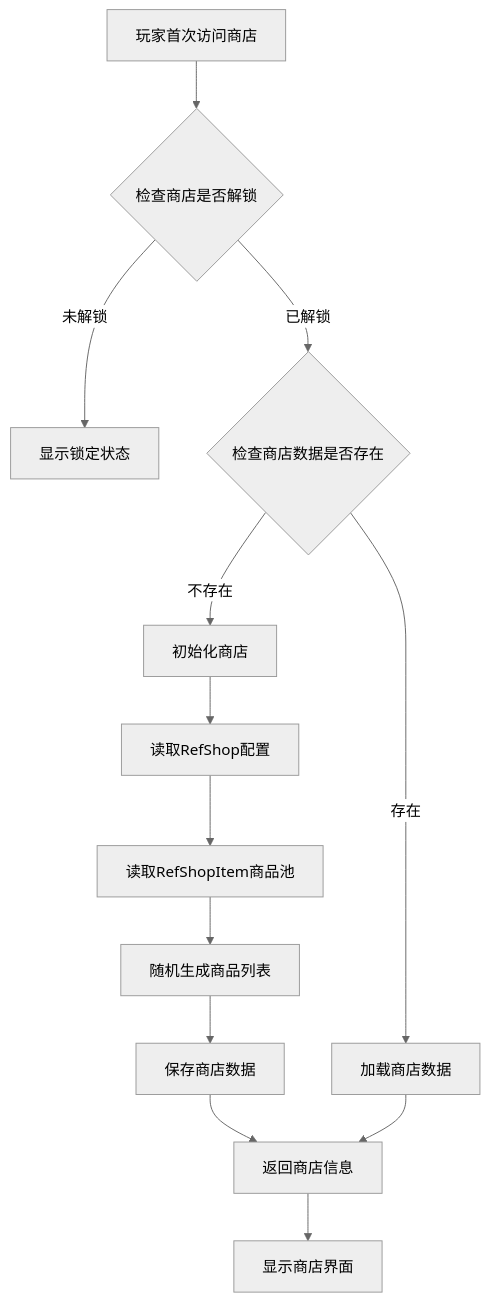
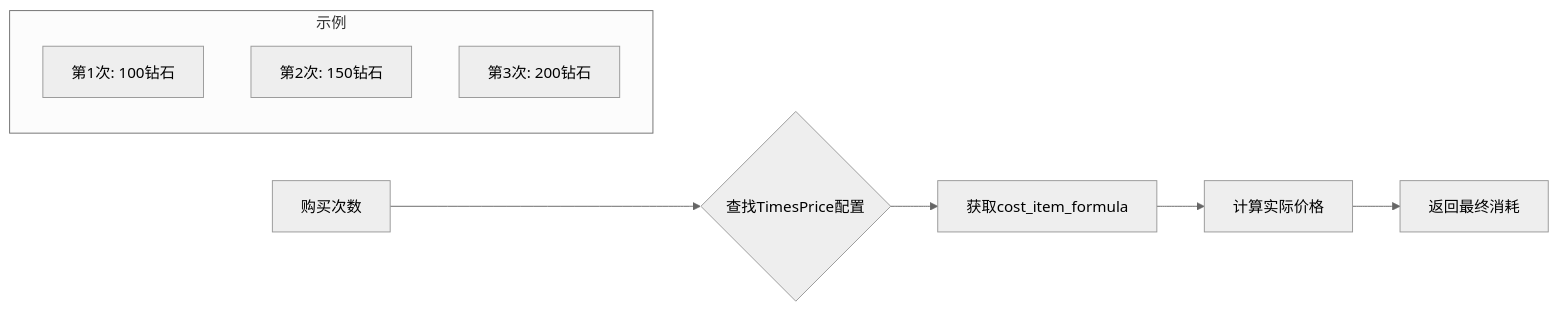
One commit to Alan-Ben/k2c_game_framework changed the fourth of 8 diagrams in docs/Module_Shop/01_数据配表.md. Above: the diagram before and after it, drawn with Mermaid (neutral theme). The commit also changed other lines of this file and 32 other files, not shown here.

````diff
--- a/docs/Module_Shop/01_数据配表.md
+++ b/docs/Module_Shop/01_数据配表.md
@@ -681,15 +284,13 @@
 ```mermaid
-flowchart TD
-    A[玩家首次访问商店] --> B{检查商店是否解锁}
-    B -->|未解锁| C[显示锁定状态]
-    B -->|已解锁| D{检查商店数据是否存在}
-    D -->|存在| E[加载商店数据]
-    D -->|不存在| F[初始化商店]
-    F --> G[读取RefShop配置]
-    G --> H[读取RefShopItem商品池]
-    H --> I[随机生成商品列表]
-    I --> J[保存商店数据]
-    J --> K[返回商店信息]
-    E --> K
-    K --> L[显示商店界面]
+flowchart LR
+    A[购买次数] --> B{查找TimesPrice配置}
+    B --> C[获取cost_item_formula]
+    C --> D[计算实际价格]
+    D --> E[返回最终消耗]
+
+    subgraph 示例
+        F["第1次: 100钻石"]
+        G["第2次: 150钻石"]
+        H["第3次: 200钻石"]
+    end
 ```
````
